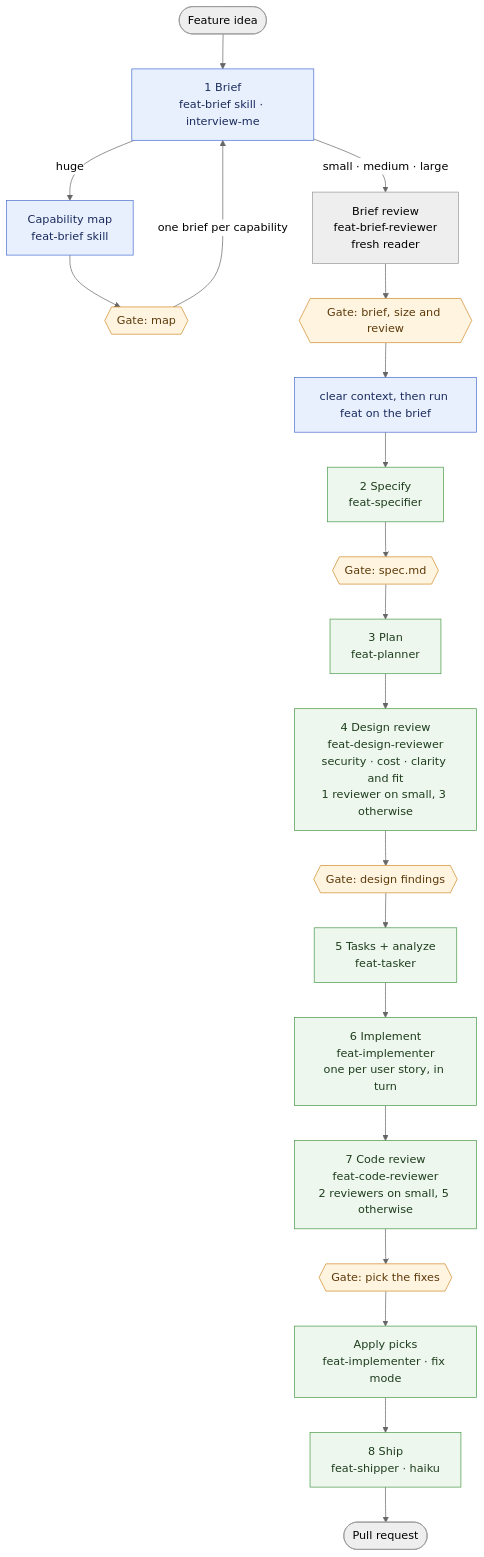
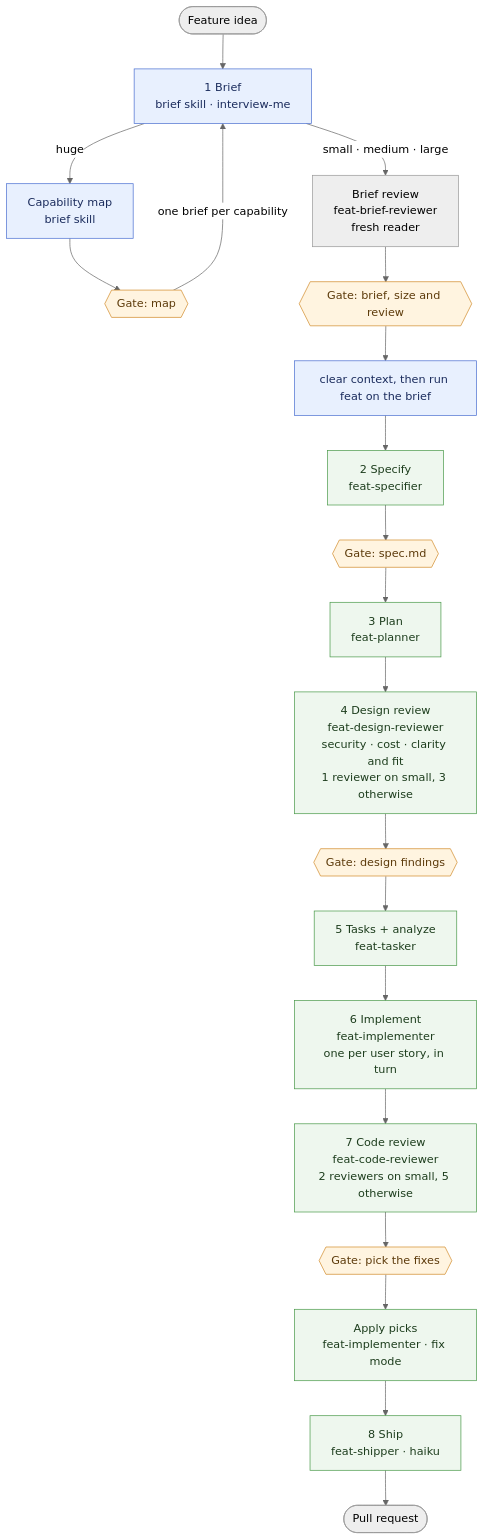
Before and after one commit to pdemagny/feat-agent: the diagram in README.md, drawn with Mermaid (neutral theme). The commit also changed other lines of this file and 12 other files, not shown here.

````diff
--- a/README.md
+++ b/README.md
@@ -18,29 +18,29 @@
 ```mermaid
 flowchart TD
-    idea([Feature idea]) --> P1["1 Brief<br/>feat-brief skill · interview-me"]
-    P1 -- huge --> MAP["Capability map<br/>feat-brief skill"]
+    idea([Feature idea]) --> P1["1 Brief<br/>brief skill · interview-me"]
+    P1 -- huge --> MAP["Capability map<br/>brief skill"]
     MAP --> GM{{"Gate: map"}}
     GM -- "one brief per capability" --> P1
     P1 -- "small · medium · large" --> R1["Brief review<br/>feat-brief-reviewer<br/>fresh reader"]
     R1 --> G1{{"Gate: brief, size and review"}}
     G1 --> CLR["clear context, then run feat on the brief"]
     CLR --> P2["2 Specify<br/>feat-specifier"]
     P2 --> G2{{"Gate: spec.md"}}
     G2 --> P3["3 Plan<br/>feat-planner"]
     P3 --> P4["4 Design review<br/>feat-design-reviewer<br/>security · cost · clarity and fit<br/>1 reviewer on small, 3 otherwise"]
     P4 --> G4{{"Gate: design findings"}}
     G4 --> P5["5 Tasks + analyze<br/>feat-tasker"]
     P5 --> P6["6 Implement<br/>feat-implementer<br/>one per user story, in turn"]
     P6 --> P7["7 Code review<br/>feat-code-reviewer<br/>2 reviewers on small, 5 otherwise"]
     P7 --> G7{{"Gate: pick the fixes"}}
     G7 --> P7f["Apply picks<br/>feat-implementer · fix mode"]
     P7f --> P8["8 Ship<br/>feat-shipper · haiku"]
     P8 --> PR([Pull request])
 
     classDef you fill:#e8f0fe,stroke:#4a6fd1,color:#1a2b5c
     classDef agent fill:#eef7ee,stroke:#4a9a4a,color:#1d3d1d
     classDef gate fill:#fff4e0,stroke:#d18b2a,color:#5c3a0a
     class P1,MAP,CLR you
     class P2,P3,P4,P5,P6,P7,P7f,P8 agent
     class G1,GM,G2,G4,G7 gate
 ```
````
